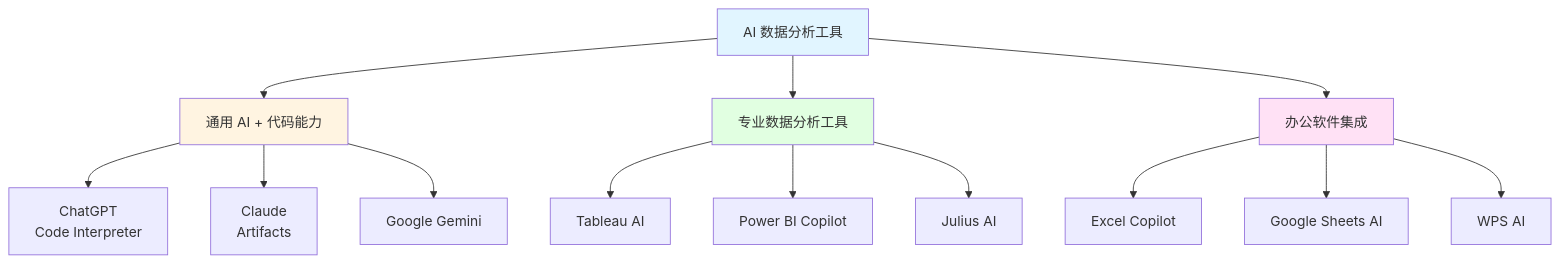
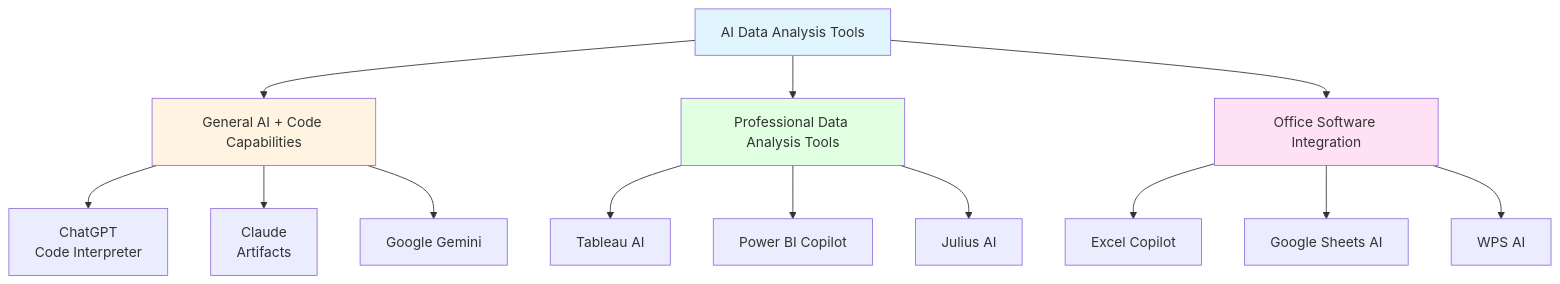
One commit to tianhongTina/ai-literacy-bootcamp changed the first of 3 diagrams in docs/lessons/lesson-3.md. Above: the diagram before and after it, drawn with Mermaid. The commit also changed other lines of this file and 18 other files, not shown here.

````diff
--- a/docs/lessons/lesson-3.md
+++ b/docs/lessons/lesson-3.md
@@ -38,23 +38,23 @@
 ```mermaid
 graph TB
-    A[AI 数据分析工具] --> B[通用 AI + 代码能力]
-    A --> C[专业数据分析工具]
-    A --> D[办公软件集成]
+    A[AI Data Analysis Tools] --> B[General AI + Code Capabilities]
+    A --> C[Professional Data Analysis Tools]
+    A --> D[Office Software Integration]
     
     B --> B1[ChatGPT<br/>Code Interpreter]
     B --> B2[Claude<br/>Artifacts]
     B --> B3[Google Gemini]
     
     C --> C1[Tableau AI]
     C --> C2[Power BI Copilot]
     C --> C3[Julius AI]
     
     D --> D1[Excel Copilot]
     D --> D2[Google Sheets AI]
     D --> D3[WPS AI]
     
     style A fill:#e1f5ff
     style B fill:#fff4e1
     style C fill:#e1ffe1
     style D fill:#ffe1f5
 ```
````
